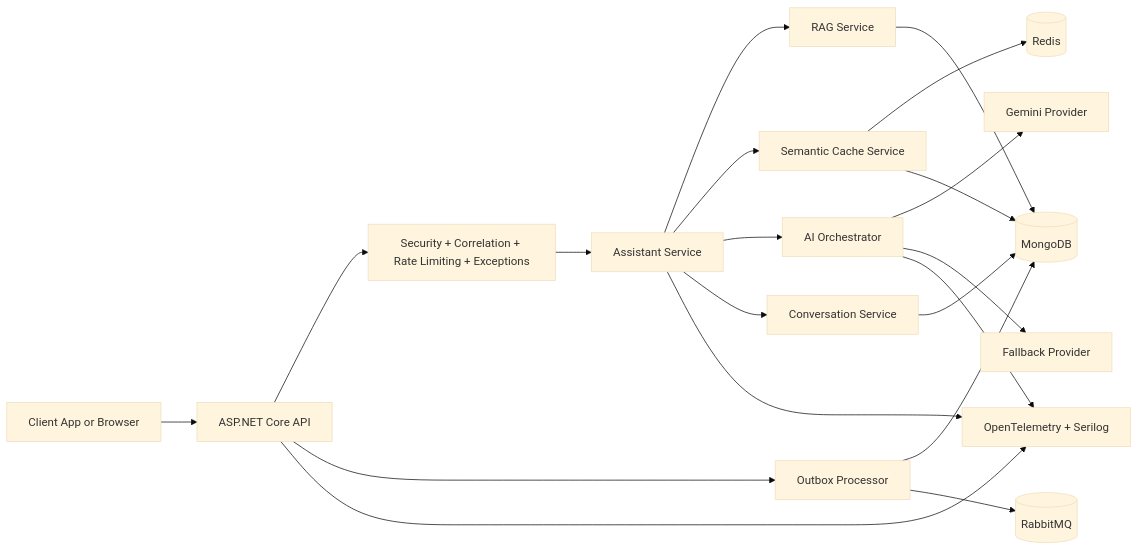
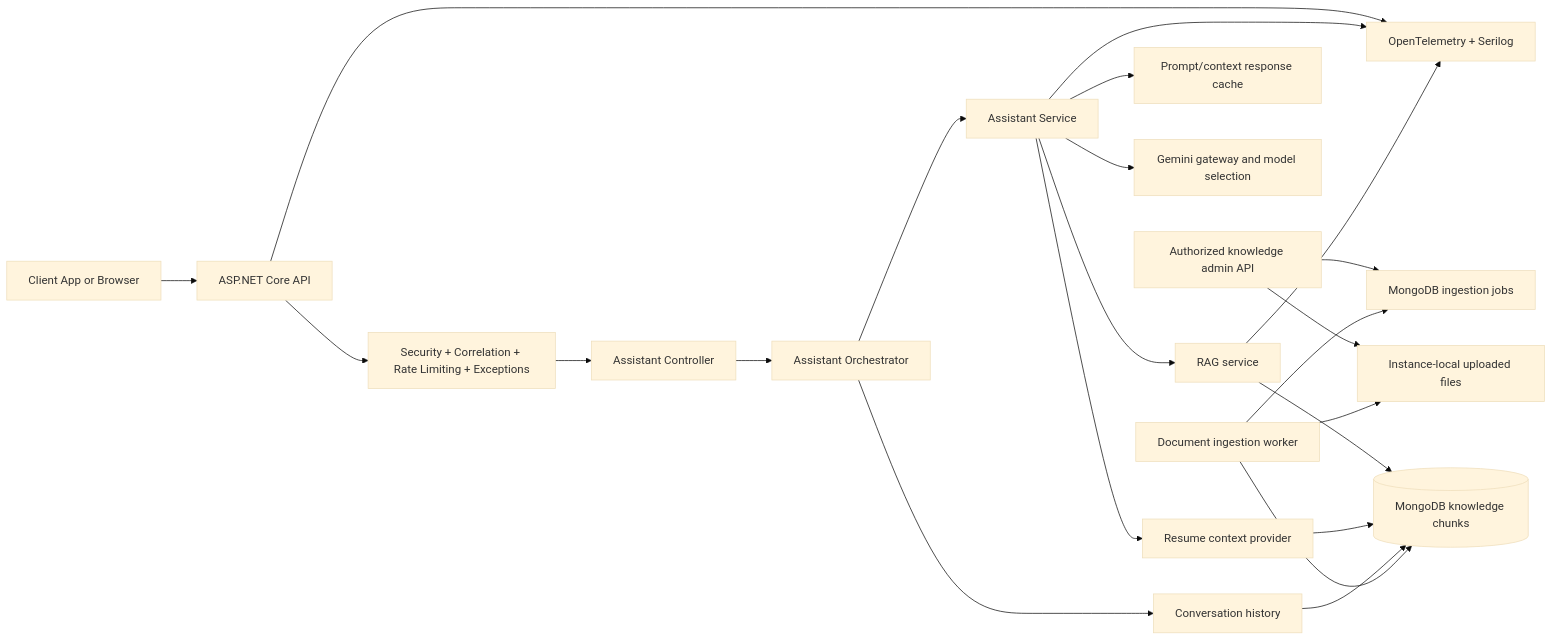
The diagram in docs/diagrams/system-diagram.md (Kheang1409/portfolio-backend), drawn with Mermaid (base theme) before and after one commit. The commit also changed 22 other files, not shown here.

First line of the commit message:
feat: secure knowledge admin API with JWT

````diff
--- a/docs/diagrams/system-diagram.md
+++ b/docs/diagrams/system-diagram.md
@@ -3,27 +3,27 @@
 ```mermaid
 flowchart LR
     Client[Client App or Browser] --> API[ASP.NET Core API]
     API --> Middleware[Security + Correlation + Rate Limiting + Exceptions]
-    Middleware --> Assistant[Assistant Service]
+    Middleware --> Controller[Assistant Controller]
+    Controller --> Orchestrator[Assistant Orchestrator]
+    Orchestrator --> Assistant[Assistant Service]
 
-    Assistant --> Rag[RAG Service]
-    Assistant --> SemCache[Semantic Cache Service]
-    Assistant --> Orchestrator[AI Orchestrator]
-    Assistant --> Memory[Conversation Service]
+    Assistant --> Resume[Resume context provider]
+    Assistant --> Rag[RAG service]
+    Assistant --> PromptCache[Prompt/context response cache]
+    Assistant --> Gemini[Gemini gateway and model selection]
+    Rag --> Mongo[(MongoDB knowledge chunks)]
+    Resume --> Mongo
+    Orchestrator --> Conversation[Conversation history]
+    Conversation --> Mongo
 
-    Rag --> Mongo[(MongoDB)]
-    SemCache --> Redis[(Redis)]
-    SemCache --> Mongo
-    Memory --> Mongo
-
-    Orchestrator --> ProviderA[Gemini Provider]
-    Orchestrator --> ProviderB[Fallback Provider]
-
-    API --> Outbox[Outbox Processor]
-    Outbox --> Mongo
-    Outbox --> Rabbit[(RabbitMQ)]
+    Admin[Authorized knowledge admin API] --> LocalFiles[Instance-local uploaded files]
+    Admin --> MongoJobs[MongoDB ingestion jobs]
+    Worker[Document ingestion worker] --> MongoJobs
+    Worker --> LocalFiles
+    Worker --> Mongo
 
     API --> Obs[OpenTelemetry + Serilog]
     Assistant --> Obs
-    Orchestrator --> Obs
+    Rag --> Obs
 ```
````
